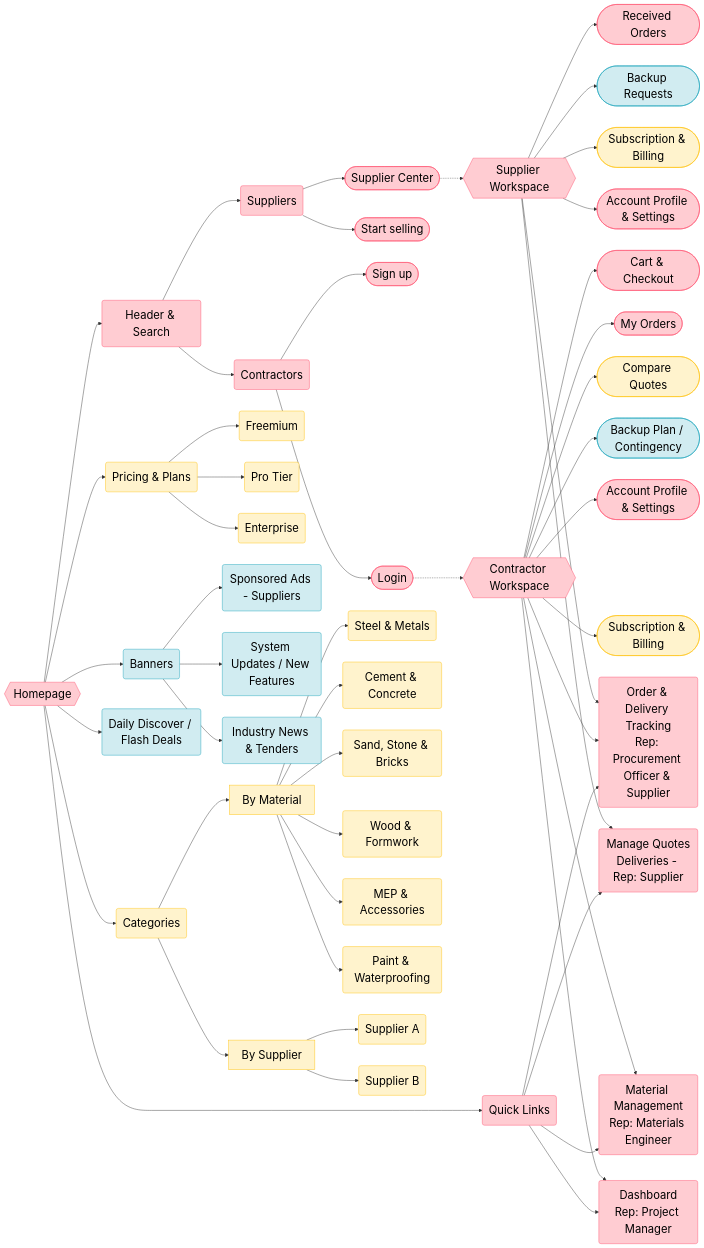
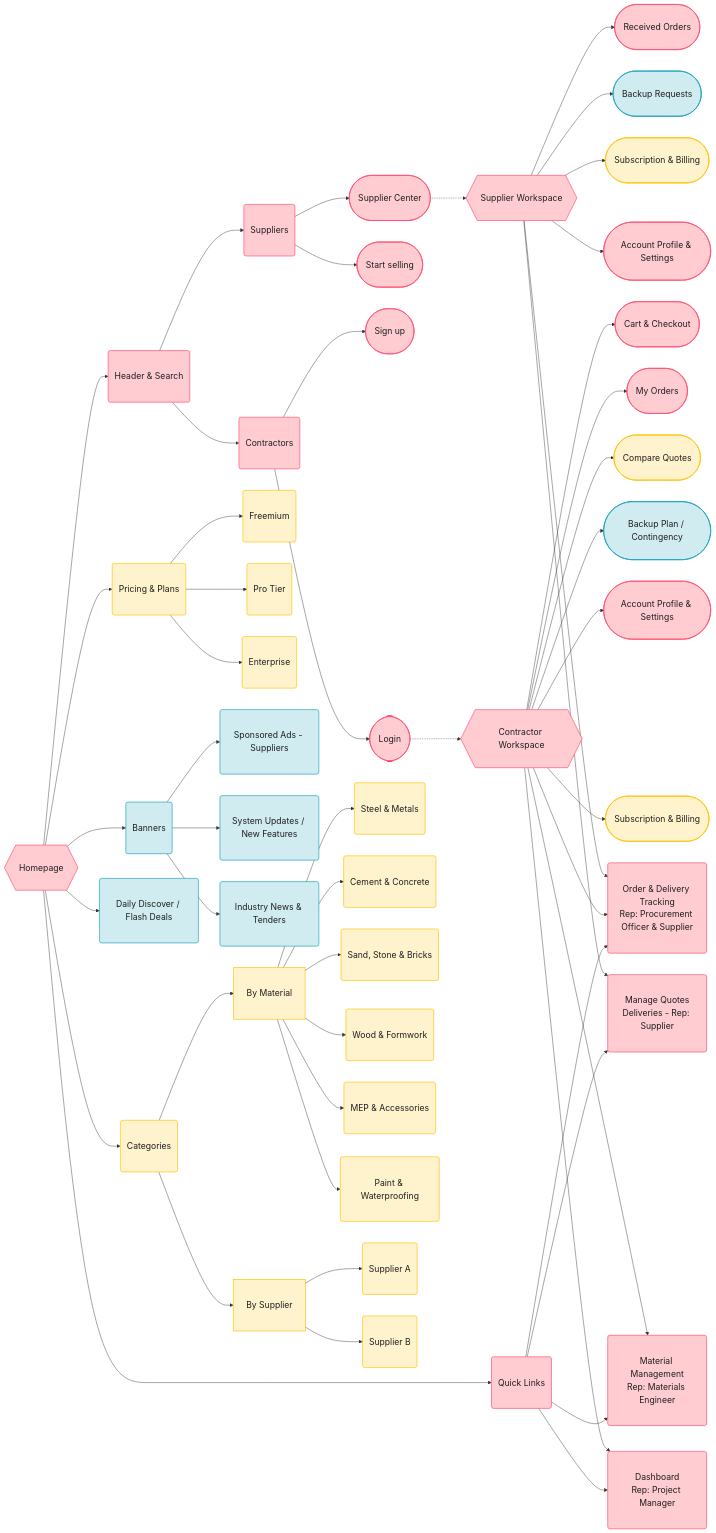
Before and after one commit to kellyblossom/Software-Engineering-in-Construction-Information-Systems-Assignment: the diagram in README.md, drawn with Mermaid.

Commit message:
Refine Mermaid class definitions in README
Updated class definitions in Mermaid diagram for better styling.

```diff
--- a/README.md
+++ b/README.md
@@ -5,9 +5,9 @@
 graph LR
 
     %% Color definition
-    classDef high fill:#ffccd2,stroke:#ff4d6d,stroke-width:1px,color:black,font-size:26px;
-    classDef med fill:#fff3cd,stroke:#ffc107,stroke-width:1px,color:black,font-size:26px;
-    classDef low fill:#d1ecf1,stroke:#17a2b8,stroke-width:1px,color:black,font-size:26px;
+    classDef high fill:#ffccd2,stroke:#ff4d6d,stroke-width:1.5px,color:#1e1e1e,font-size:20px,padding:10px;
+    classDef med fill:#fff3cd,stroke:#ffc107,stroke-width:1.5px,color:#1e1e1e,font-size:20px,padding:10px;
+    classDef low fill:#d1ecf1,stroke:#17a2b8,stroke-width:1.5px,color:#1e1e1e,font-size:20px,padding:10px;
 
     %% Main home page
     A{{Homepage}} --> B(Header & Search)
```
